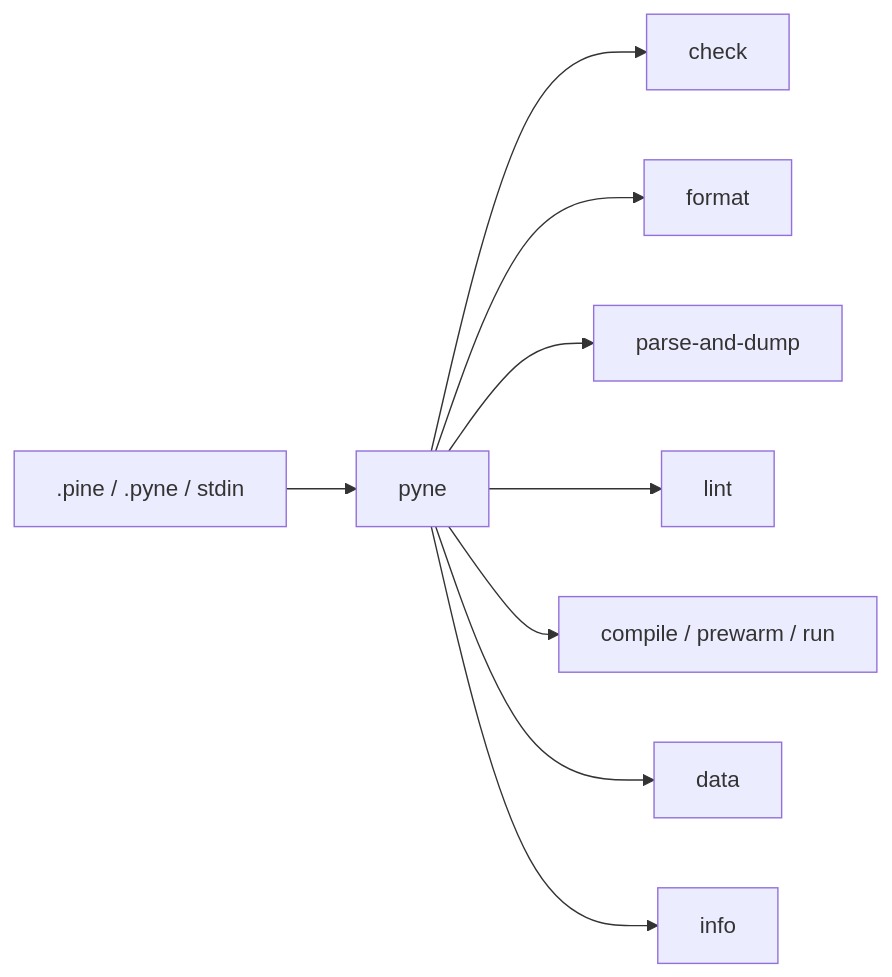
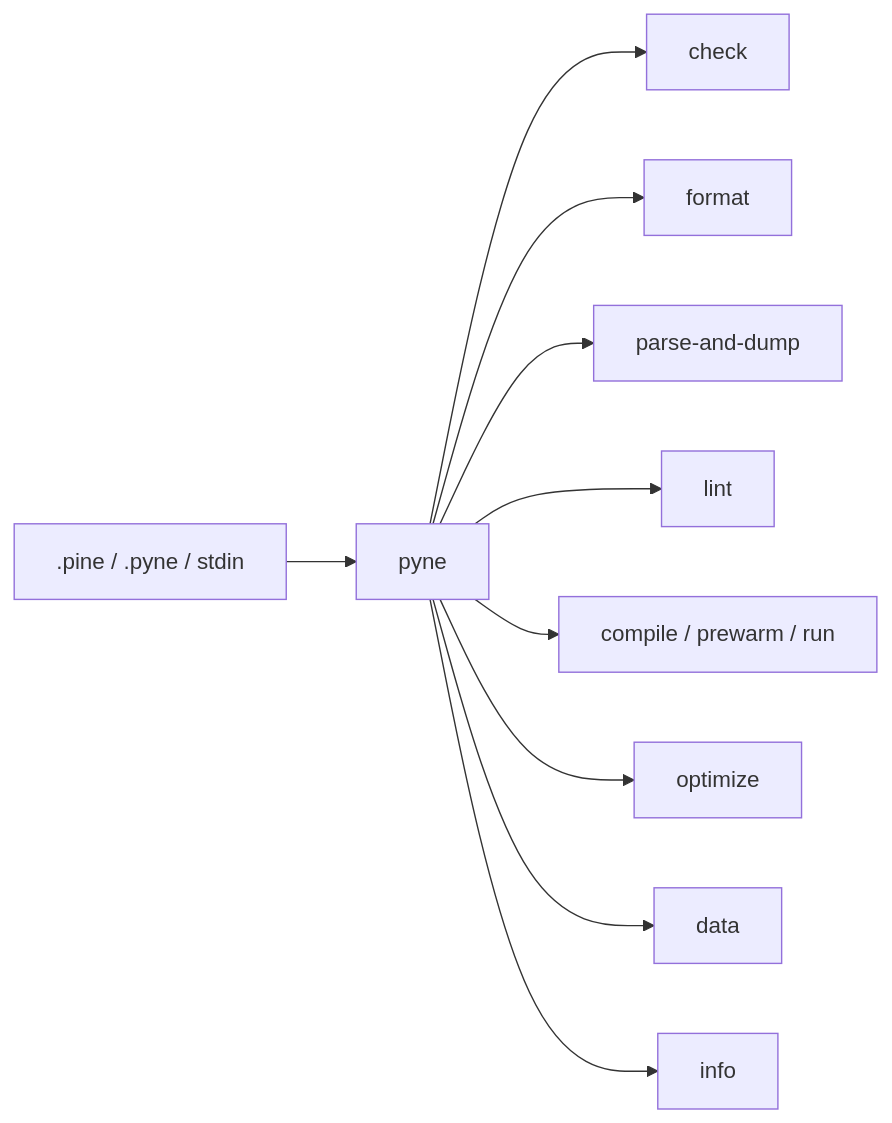
Before and after one commit to hoox-sh/pyne: the diagram in docs/pyne/enduser/guides/cli.mdx, drawn with Mermaid. The commit also changed other lines of this file and 12 other files, not shown here.

````diff
--- a/docs/pyne/enduser/guides/cli.mdx
+++ b/docs/pyne/enduser/guides/cli.mdx
@@ -33,11 +33,12 @@
 ```mermaid
 flowchart LR
   F[.pine / .pyne / stdin] --> C[pyne]
   C --> CH[check]
   C --> FMT[format]
   C --> D[parse-and-dump]
   C --> L[lint]
   C --> CO[compile / prewarm / run]
+  C --> OPT[optimize]
   C --> M[data]
   C --> I[info]
 ```
````
